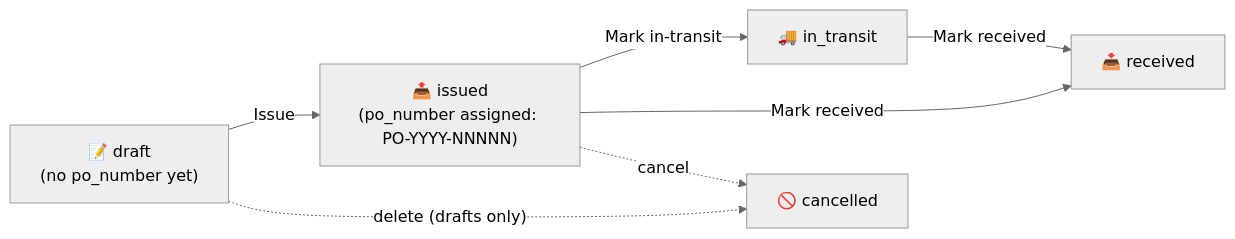
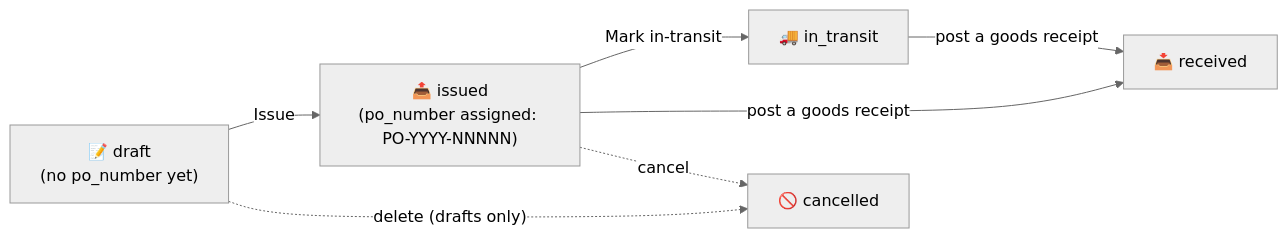
Before and after one commit to Eran-Rof/design-calendar-app: the diagram in docs/tangerine/user-guide/28-purchase-orders-and-size-matrix.md, drawn with Mermaid (neutral theme). The commit also changed other lines of this file and 18 other files, not shown here.

````diff
--- a/docs/tangerine/user-guide/28-purchase-orders-and-size-matrix.md
+++ b/docs/tangerine/user-guide/28-purchase-orders-and-size-matrix.md
@@ -111,15 +111,15 @@
 ```mermaid
 flowchart LR
     Draft["📝 draft<br/>(no po_number yet)"]
     Issued["📤 issued<br/>(po_number assigned: PO-YYYY-NNNNN)"]
     Transit["🚚 in_transit"]
     Received["📥 received"]
     Cancelled["🚫 cancelled"]
 
     Draft -->|"Issue"| Issued
     Issued -->|"Mark in-transit"| Transit
-    Issued -->|"Mark received"| Received
-    Transit -->|"Mark received"| Received
+    Issued -->|"post a goods receipt"| Received
+    Transit -->|"post a goods receipt"| Received
     Draft -. "delete (drafts only)" .-> Cancelled
     Issued -. "cancel" .-> Cancelled
 ```
````
